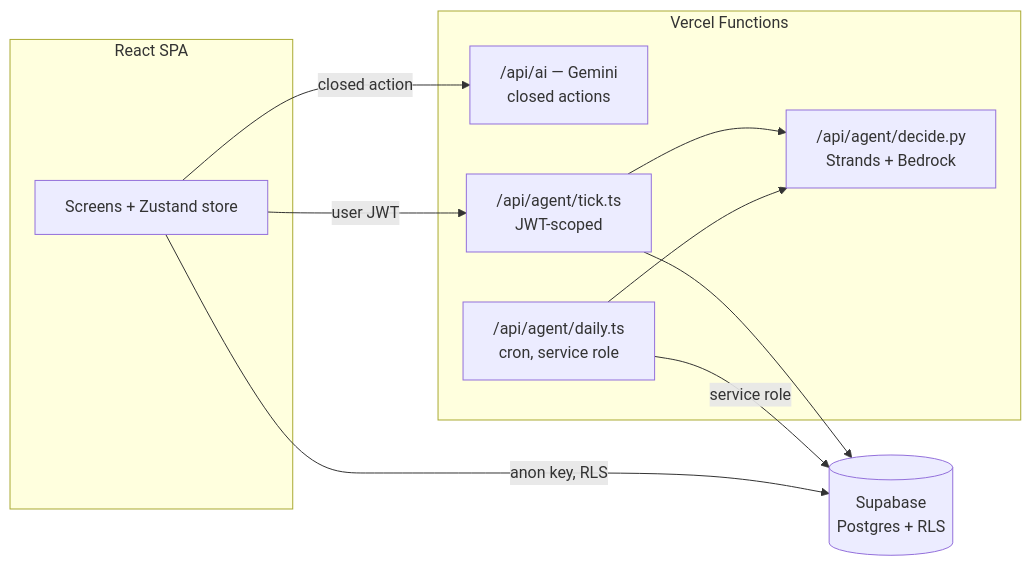
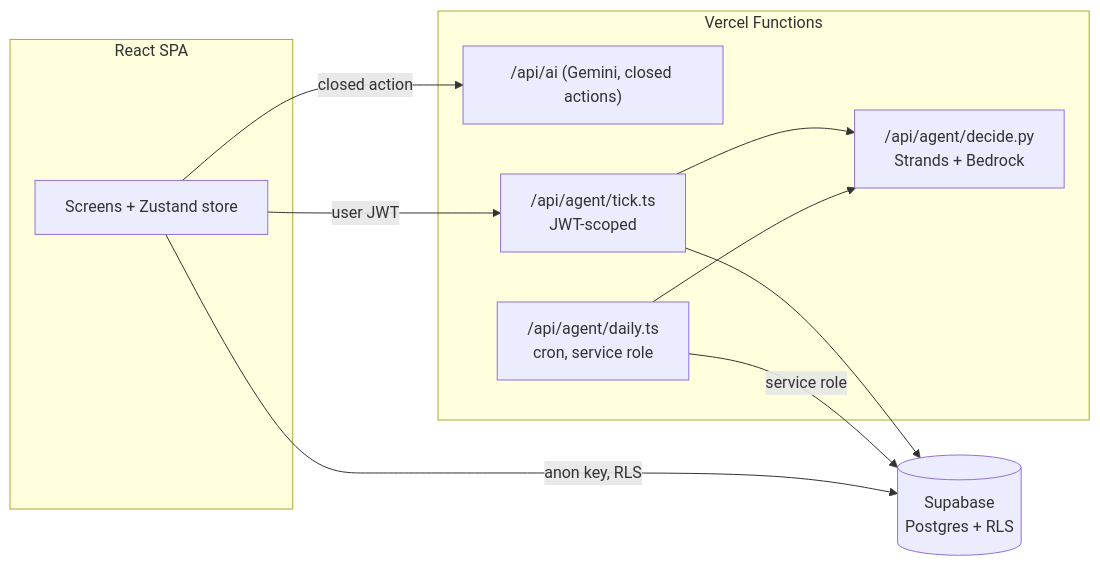
Before and after one commit to Hloniphani-Dube/Arcadedu: the first of 6 diagrams in README.md, drawn with Mermaid. The commit also changed other lines of this file and 49 other files, not shown here.

````diff
--- a/README.md
+++ b/README.md
@@ -20,21 +20,21 @@
 ```mermaid
 flowchart LR
     subgraph Browser["React SPA"]
         UI["Screens + Zustand store"]
     end
     subgraph Vercel["Vercel Functions"]
-        AI["/api/ai — Gemini\nclosed actions"]
+        AI["/api/ai (Gemini, closed actions)"]
         Tick["/api/agent/tick.ts\nJWT-scoped"]
         Daily["/api/agent/daily.ts\ncron, service role"]
         Decide["/api/agent/decide.py\nStrands + Bedrock"]
     end
     DB[("Supabase\nPostgres + RLS")]
 
     UI -- "closed action" --> AI
     UI -- "user JWT" --> Tick
     Tick --> Decide
     Tick --> DB
     Daily --> Decide
     Daily -- "service role" --> DB
     UI -- "anon key, RLS" --> DB
 ```
````
